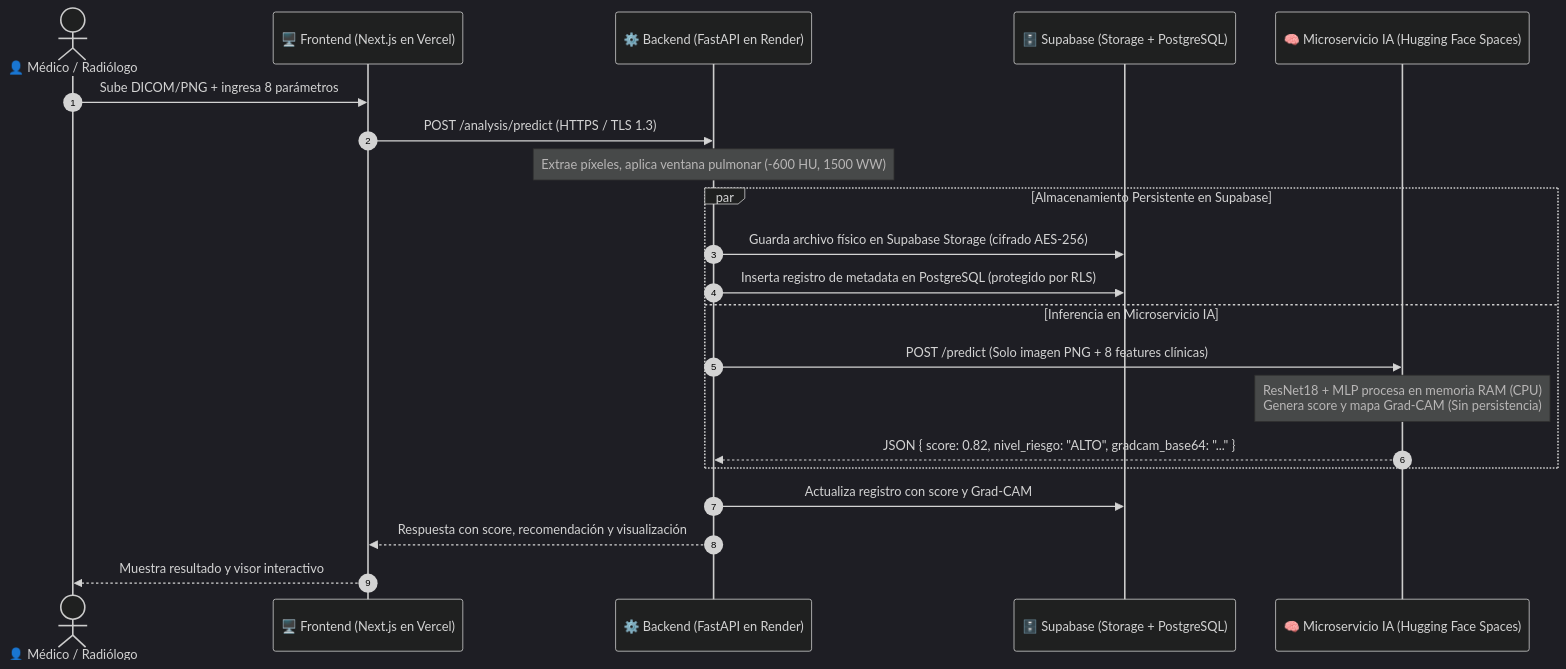
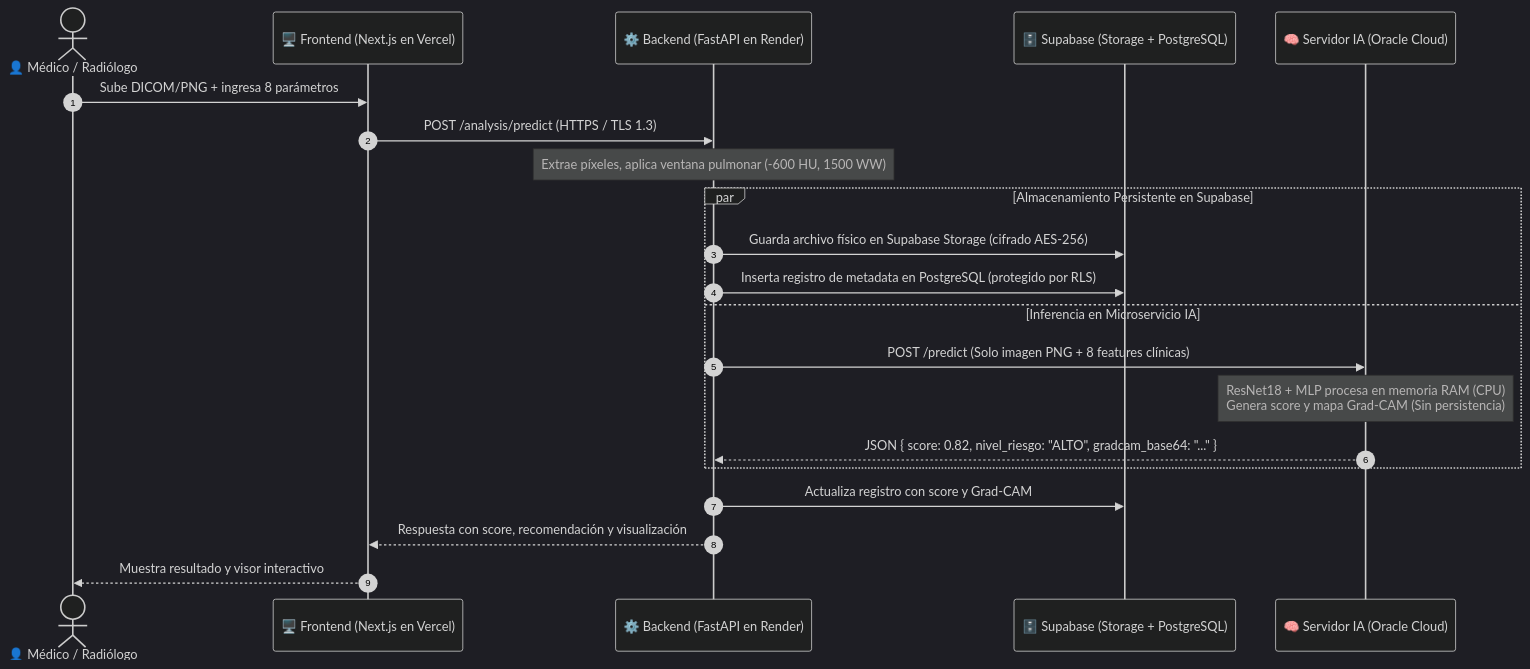
One commit to ProyectoBenditos/Benditos_cancer_detector changed the diagram in docs/arquitectura-privacidad-y-lidc-patologia.md. Above: the diagram before and after it, drawn with Mermaid (dark theme). The commit also changed other lines of this file and 2 other files, not shown here.

````diff
--- a/docs/arquitectura-privacidad-y-lidc-patologia.md
+++ b/docs/arquitectura-privacidad-y-lidc-patologia.md
@@ -14,24 +14,24 @@
 ```mermaid
 sequenceDiagram
     autonumber
     actor Medico as 👤 Médico / Radiólogo
     participant Front as 🖥️ Frontend (Next.js en Vercel)
     participant Back as ⚙️ Backend (FastAPI en Render)
     participant Supa as 🗄️ Supabase (Storage + PostgreSQL)
-    participant HF as 🧠 Microservicio IA (Hugging Face Spaces)
+    participant HF as 🧠 Servidor IA (Oracle Cloud)
 
     Medico->>Front: Sube DICOM/PNG + ingresa 8 parámetros
     Front->>Back: POST /analysis/predict (HTTPS / TLS 1.3)
     Note over Back: Extrae píxeles, aplica ventana pulmonar (-600 HU, 1500 WW)
     par Almacenamiento Persistente en Supabase
         Back->>Supa: Guarda archivo físico en Supabase Storage (cifrado AES-256)
         Back->>Supa: Inserta registro de metadata en PostgreSQL (protegido por RLS)
     and Inferencia en Microservicio IA
         Back->>HF: POST /predict (Solo imagen PNG + 8 features clínicas)
         Note over HF: ResNet18 + MLP procesa en memoria RAM (CPU)<br/>Genera score y mapa Grad-CAM (Sin persistencia)
         HF-->>Back: JSON { score: 0.82, nivel_riesgo: "ALTO", gradcam_base64: "..." }
     end
     Back->>Supa: Actualiza registro con score y Grad-CAM
     Back-->>Front: Respuesta con score, recomendación y visualización
     Front-->>Medico: Muestra resultado y visor interactivo
 ```
````
